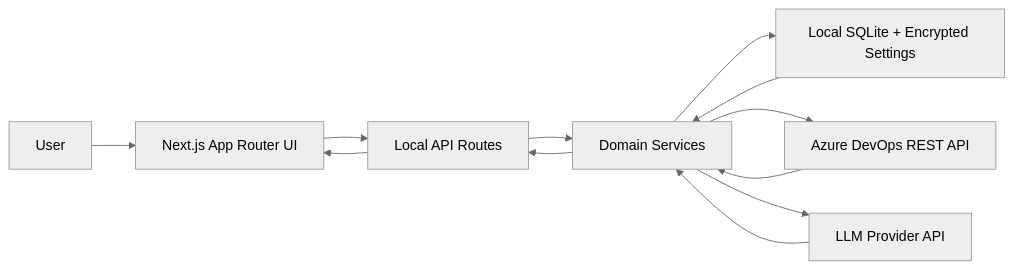
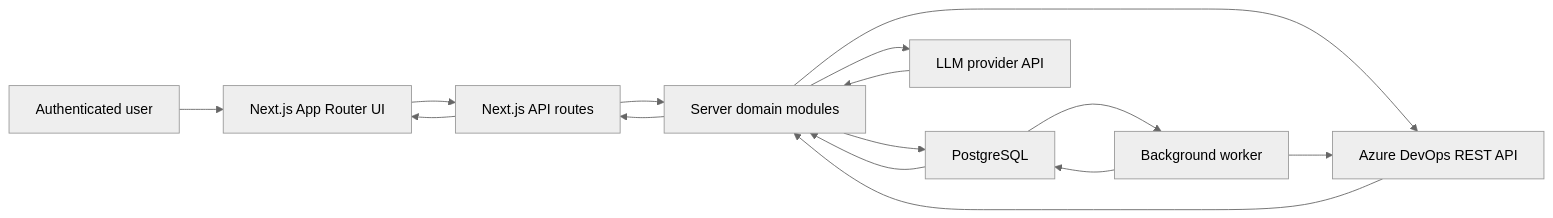
One commit to iTestFlow/iTestFlow-Agent changed the diagram in PROJECT_ARCHITECTURE.md. Above: the diagram before and after it, drawn with Mermaid (neutral theme). The commit also changed other lines of this file and 2 other files, not shown here.

````diff
--- a/PROJECT_ARCHITECTURE.md
+++ b/PROJECT_ARCHITECTURE.md
@@ -9,22 +9,26 @@
 ```mermaid
 flowchart LR
-  User["User"]
+  User["Authenticated user"]
   UI["Next.js App Router UI"]
-  API["Local API Routes"]
-  Modules["Domain Services"]
-  DB["Local SQLite + Encrypted Settings"]
+  API["Next.js API routes"]
+  Modules["Server domain modules"]
+  PG["PostgreSQL"]
+  Worker["Background worker"]
   ADO["Azure DevOps REST API"]
-  LLM["LLM Provider API"]
+  LLM["LLM provider API"]
 
   User --> UI
   UI --> API
   API --> Modules
-  Modules --> DB
+  Modules --> PG
   Modules --> ADO
   Modules --> LLM
+  Worker --> PG
+  Worker --> ADO
+  PG --> Modules
+  PG --> Worker
   ADO --> Modules
   LLM --> Modules
-  DB --> Modules
   Modules --> API
   API --> UI
 ```
````
